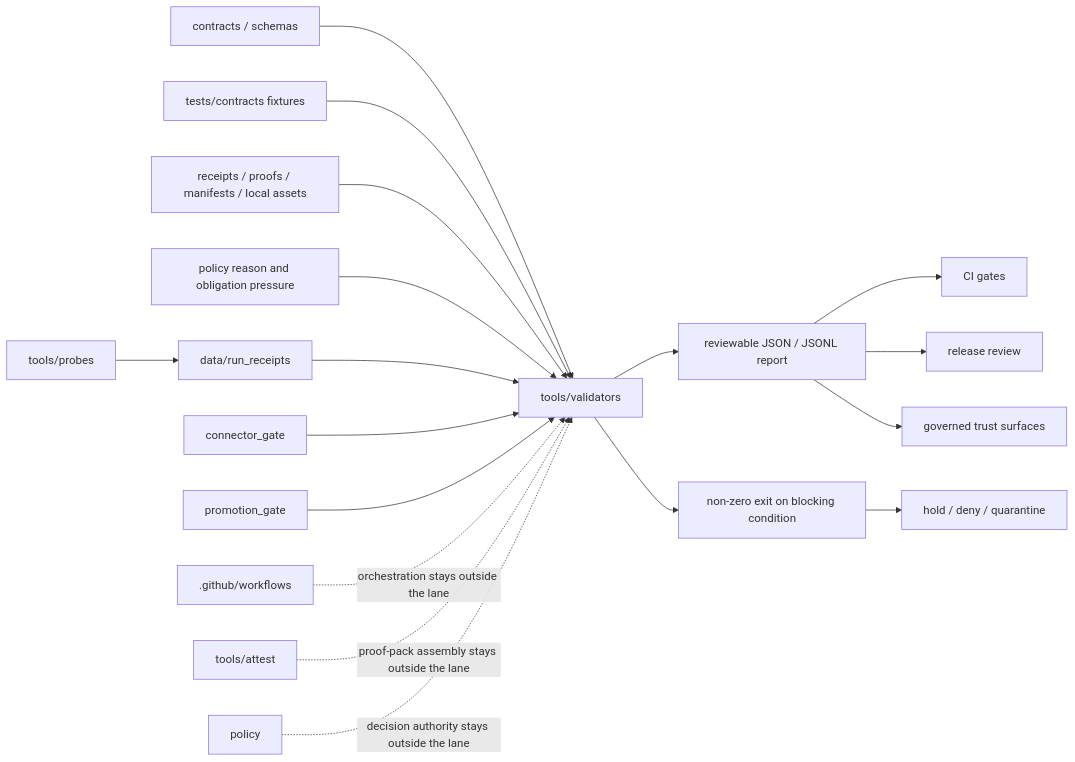
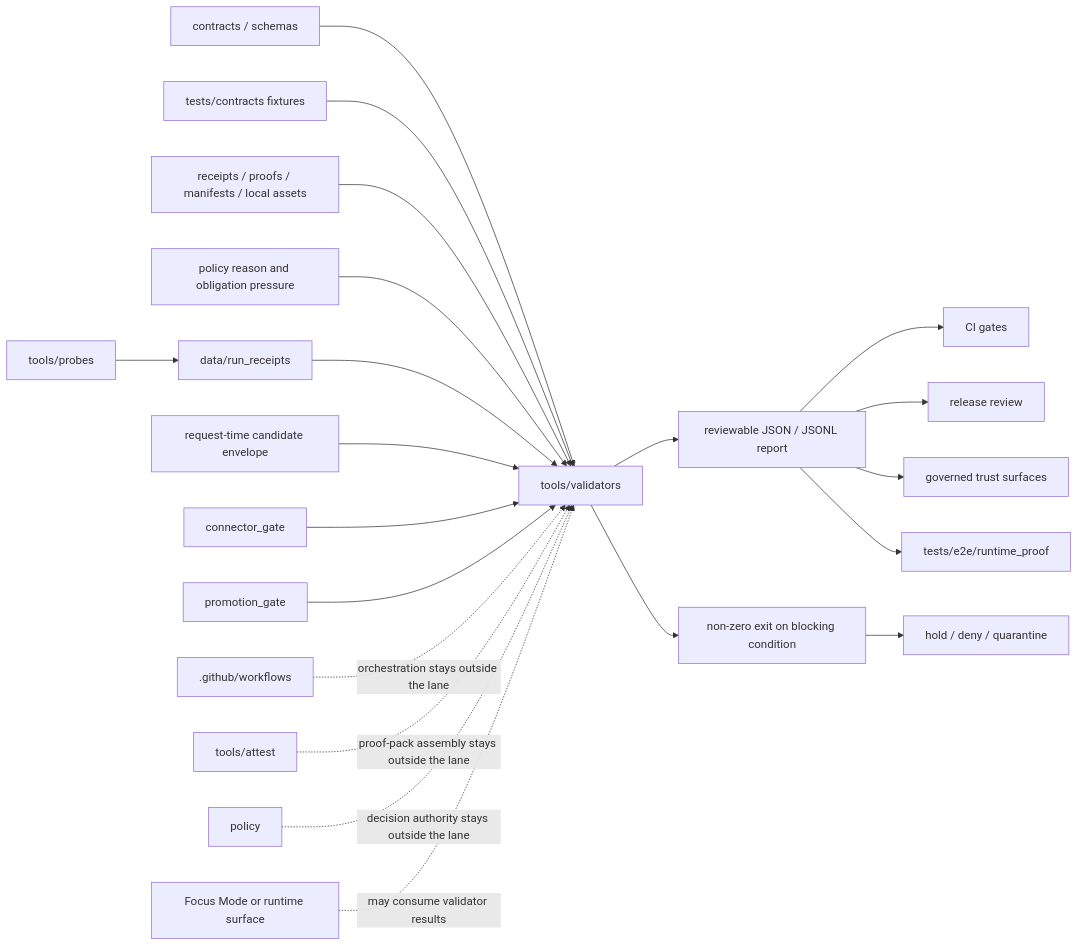
Before and after one commit to bartytime4life/Kansas-Frontier-Matrix: the diagram in tools/validators/README.md, drawn with Mermaid. The commit also changed other lines of this file, not shown here.

````diff
--- a/tools/validators/README.md
+++ b/tools/validators/README.md
@@ -434,25 +463,28 @@
 ```mermaid
 flowchart LR
     A[contracts / schemas] --> V[tools/validators]
     B[tests/contracts fixtures] --> V
     C[receipts / proofs / manifests / local assets] --> V
     D[policy reason and obligation pressure] --> V
 
     P[tools/probes] --> RR[data/run_receipts]
     RR --> V
 
+    RP[request-time candidate envelope] --> V
     V --> R[reviewable JSON / JSONL report]
     V --> X[non-zero exit on blocking condition]
 
     R --> CI[CI gates]
     R --> REV[release review]
     R --> UI[governed trust surfaces]
+    R --> RTP[tests/e2e/runtime_proof]
     X --> HOLD[hold / deny / quarantine]
 
     CG[connector_gate] --> V
     PG[promotion_gate] --> V
 
     WF[.github/workflows] -. orchestration stays outside the lane .-> V
     AT[tools/attest] -. proof-pack assembly stays outside the lane .-> V
     POL[policy] -. decision authority stays outside the lane .-> V
+    FM[Focus Mode or runtime surface] -. may consume validator results .-> V
 ```
````
